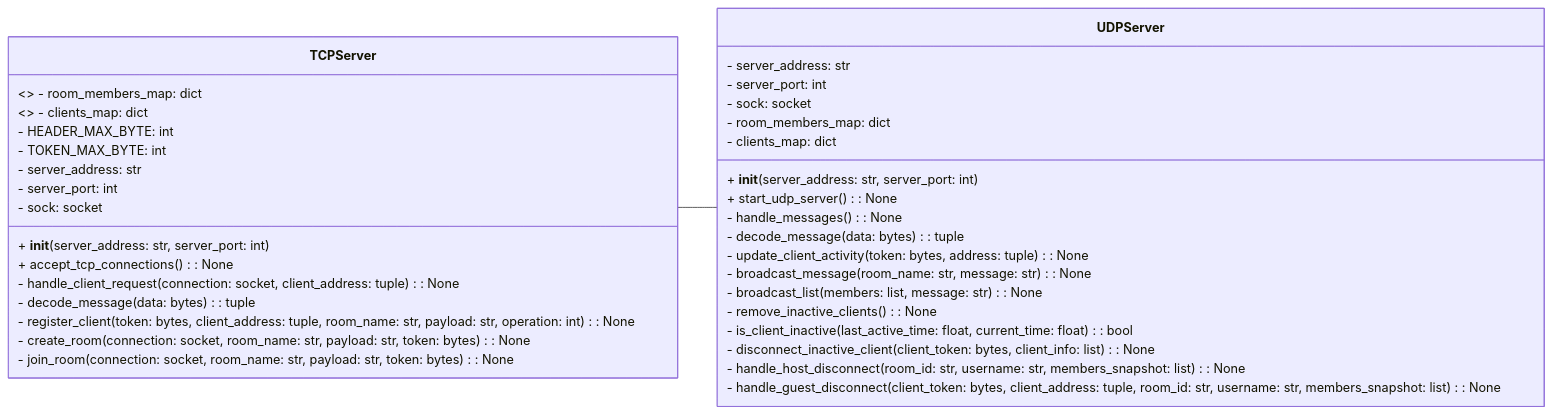
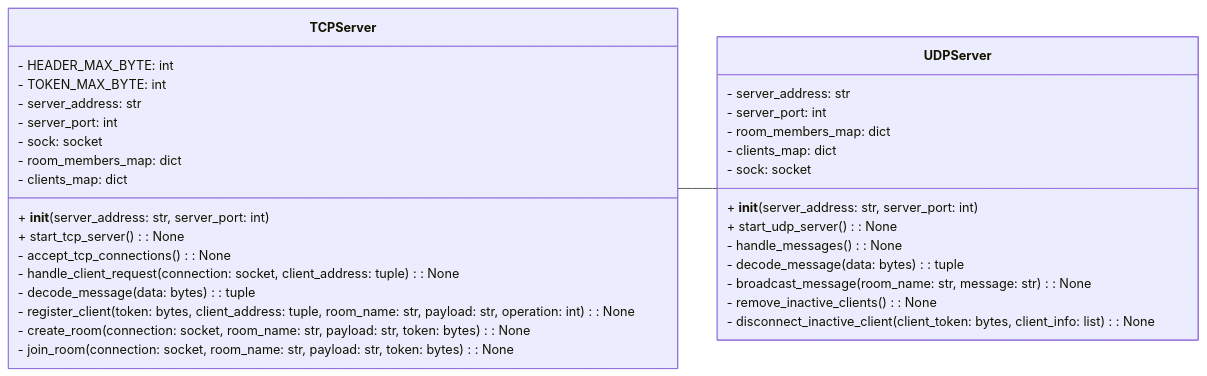
Before and after one commit to BackendExplorer/Online-Chat-Service: the third of 4 diagrams in README.md, drawn with Mermaid. The commit also changed other lines of this file, not shown here.

````diff
--- a/README.md
+++ b/README.md
@@ -349,46 +349,40 @@
 ```mermaid
-
 %%{init: {'themeVariables': {'scale': 0.3}}}%%
 classDiagram
 direction LR
 
+TCPServer -- UDPServer
+
 class TCPServer {
-    <<static>> - room_members_map: dict
-    <<static>> - clients_map: dict
     - HEADER_MAX_BYTE: int
     - TOKEN_MAX_BYTE: int
     - server_address: str
     - server_port: int
     - sock: socket
+    - room_members_map: dict
+    - clients_map: dict
     + __init__(server_address: str, server_port: int)
-    + accept_tcp_connections(): None
+    + start_tcp_server(): None
+    - accept_tcp_connections(): None
     - handle_client_request(connection: socket, client_address: tuple): None
     - decode_message(data: bytes): tuple
     - register_client(token: bytes, client_address: tuple, room_name: str, payload: str, operation: int): None
     - create_room(connection: socket, room_name: str, payload: str, token: bytes): None
     - join_room(connection: socket, room_name: str, payload: str, token: bytes): None
 }
 
 class UDPServer {
     - server_address: str
     - server_port: int
-    - sock: socket
     - room_members_map: dict
     - clients_map: dict
+    - sock: socket
     + __init__(server_address: str, server_port: int)
     + start_udp_server(): None
     - handle_messages(): None
     - decode_message(data: bytes): tuple
-    - update_client_activity(token: bytes, address: tuple): None
     - broadcast_message(room_name: str, message: str): None
-    - broadcast_list(members: list, message: str): None
     - remove_inactive_clients(): None
-    - is_client_inactive(last_active_time: float, current_time: float): bool
     - disconnect_inactive_client(client_token: bytes, client_info: list): None
-    - handle_host_disconnect(room_id: str, username: str, members_snapshot: list): None
-    - handle_guest_disconnect(client_token: bytes, client_address: tuple, room_id: str, username: str, members_snapshot: list): None
 }
-
-TCPServer -- UDPServer
-
 ```
````
